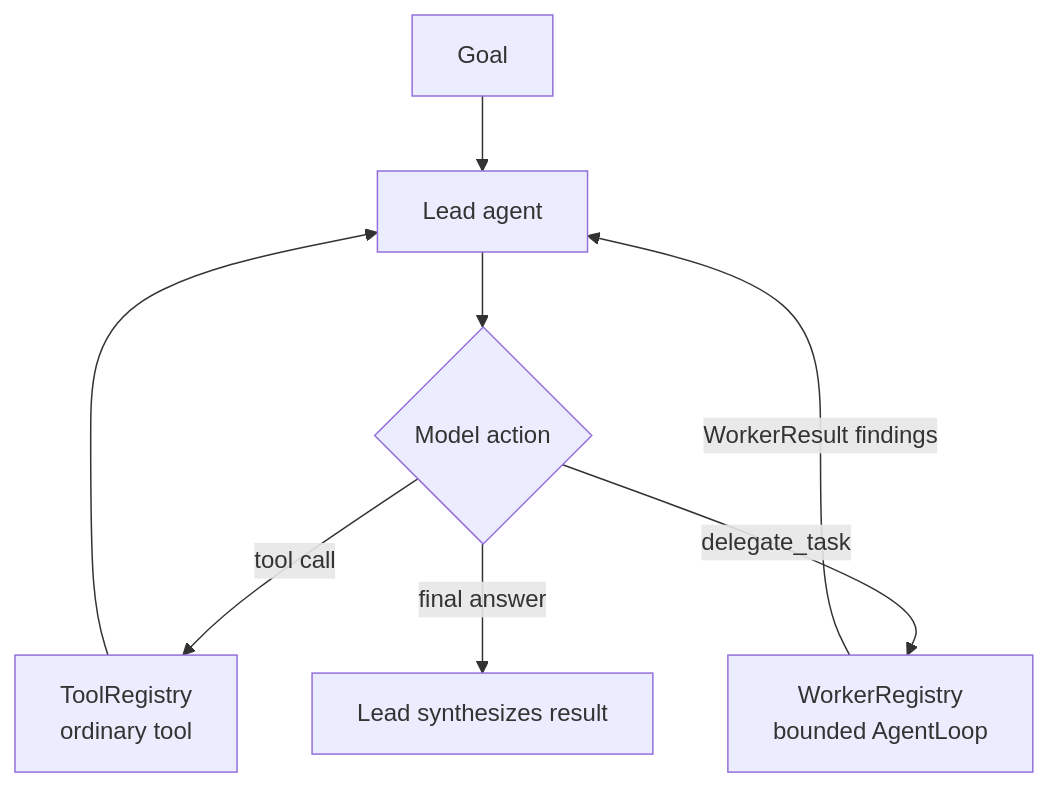
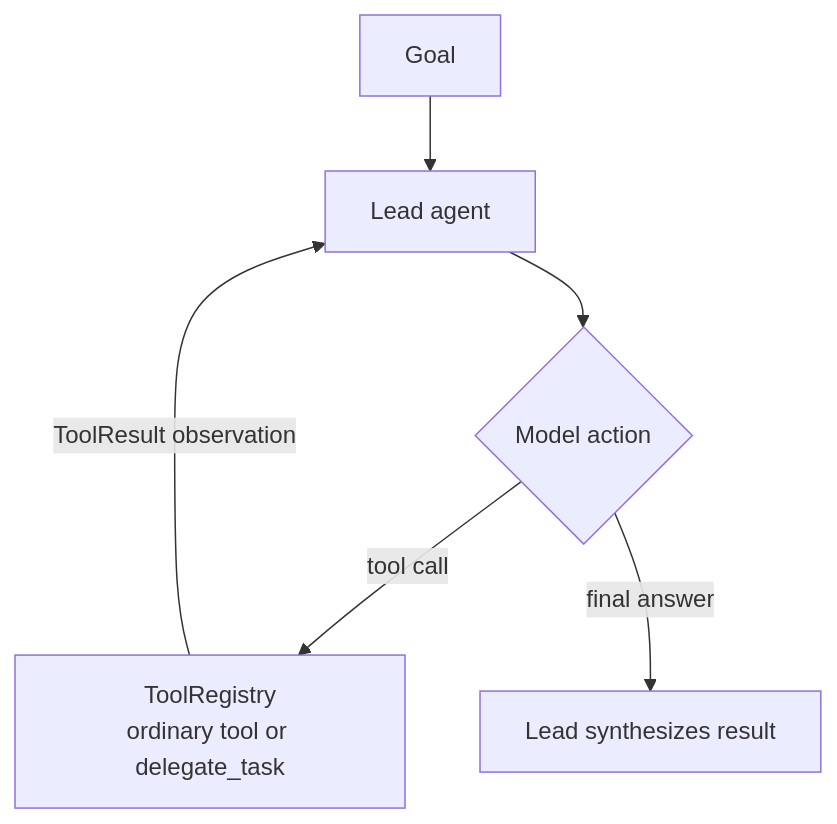
One commit to michaelzoub/research-agent changed the diagram in README.md. Above: the diagram before and after it, drawn with Mermaid. The commit also changed 6 other files, not shown here.

````diff
--- a/README.md
+++ b/README.md
@@ -28,10 +28,8 @@
 ```mermaid
 flowchart TD
     goal["Goal"] --> lead["Lead agent"]
     lead --> decision{"Model action"}
-    decision -->|tool call| tool["ToolRegistry\nordinary tool"]
-    tool --> lead
-    decision -->|delegate_task| worker["WorkerRegistry\nbounded AgentLoop"]
-    worker -->|WorkerResult findings| lead
+    decision -->|tool call| registry["ToolRegistry\nordinary tool or delegate_task"]
+    registry -->|ToolResult observation| lead
     decision -->|final answer| done["Lead synthesizes result"]
 ```
````
